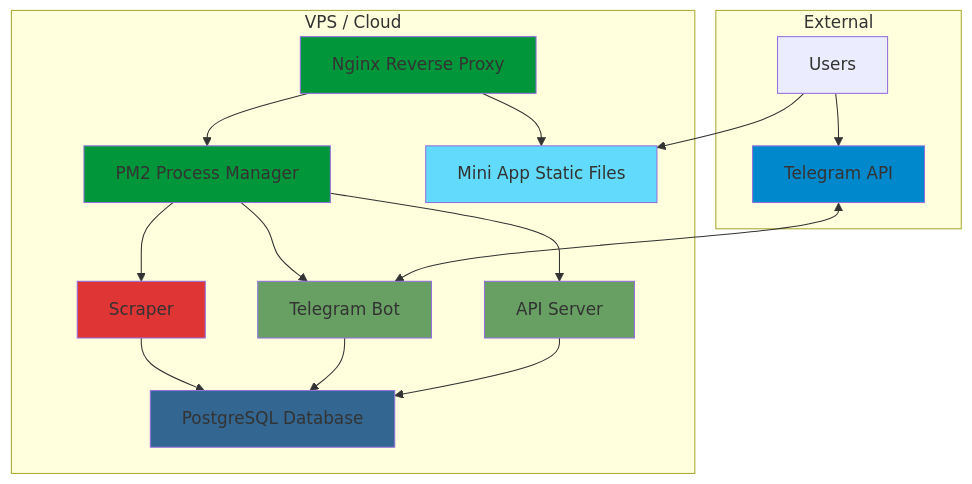
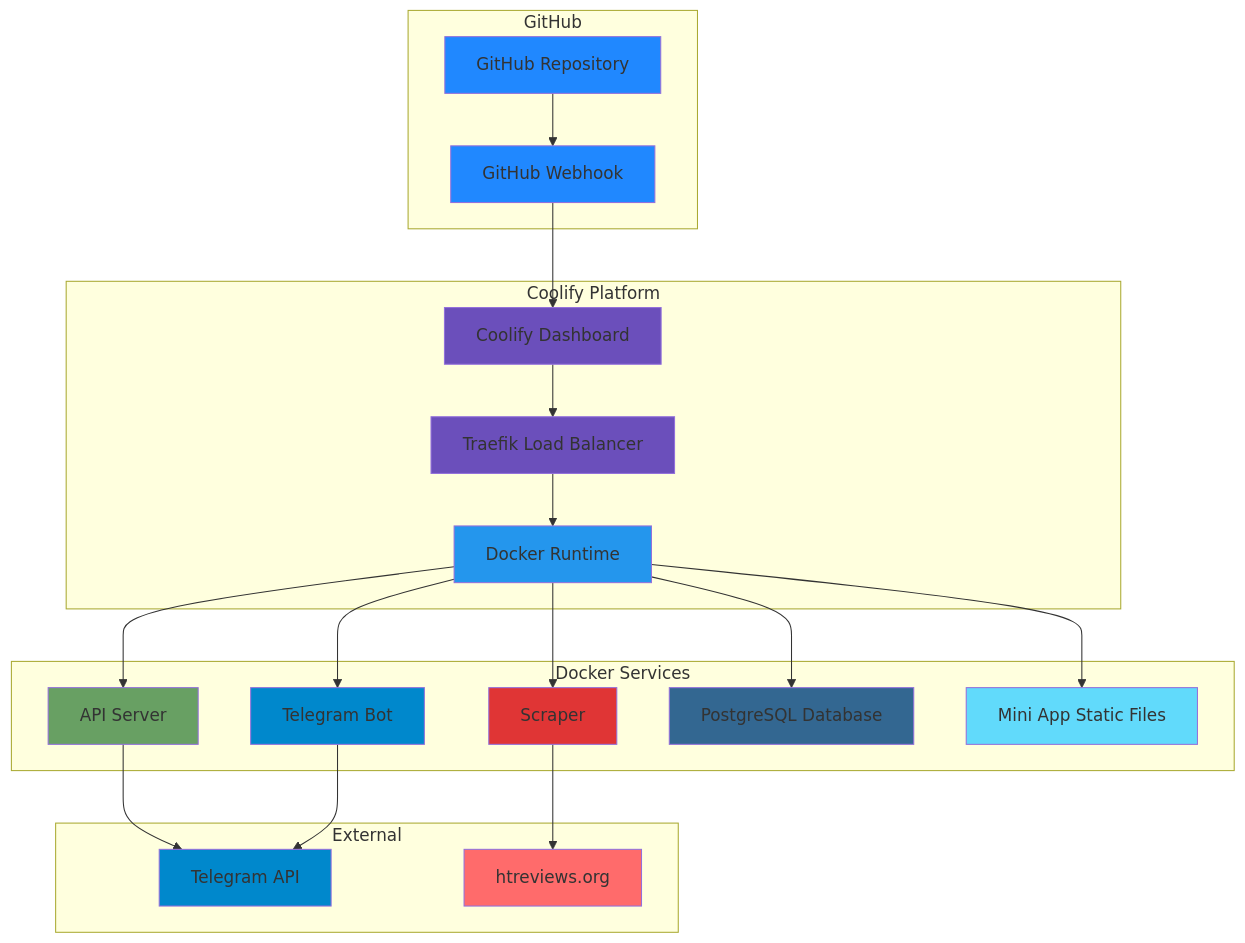
The first of 2 diagrams in plans/09-deployment-guide.md (Zenderg/hookah-wishlist), drawn with Mermaid before and after one commit. The commit also changed other lines of this file and 11 other files, not shown here.

````diff
--- a/plans/09-deployment-guide.md
+++ b/plans/09-deployment-guide.md
@@ -9,38 +9,52 @@
 ```mermaid
 graph TB
-    subgraph "External"
-        A[Telegram API]
-        B[Users]
+    subgraph "GitHub"
+        A[GitHub Repository]
+        B[GitHub Webhook]
     end
     
-    subgraph "VPS / Cloud"
-        C[Nginx Reverse Proxy]
-        D[PM2 Process Manager]
-        E[API Server]
-        F[Telegram Bot]
-        G[Scraper]
-        H[PostgreSQL Database]
-        I[Mini App Static Files]
+    subgraph "Coolify Platform"
+        C[Coolify Dashboard]
+        D[Traefik Load Balancer]
+        E[Docker Runtime]
     end
     
-    B --> A
-    A <--> F
-    B --> I
+    subgraph "Docker Services"
+        F[API Server]
+        G[Telegram Bot]
+        H[Scraper]
+        I[PostgreSQL Database]
+        J[Mini App Static Files]
+    end
+    
+    subgraph "External"
+        K[Telegram API]
+        L[htreviews.org]
+    end
+    
+    A --> B
+    B --> C
     C --> D
     D --> E
-    D --> F
-    D --> G
+    E --> F
+    E --> G
     E --> H
-    F --> H
-    G --> H
-    C --> I
+    E --> I
+    E --> J
+    F --> K
+    G --> K
+    H --> L
     
-    style A fill:#0088cc
-    style C fill:#009639
-    style D fill:#009639
-    style E fill:#68a063
+    style A fill:#2088ff
+    style B fill:#2088ff
+    style C fill:#6b4fbb
+    style D fill:#6b4fbb
+    style E fill:#2496ed
     style F fill:#68a063
-    style G fill:#e03535
-    style H fill:#336791
-    style I fill:#61dafb
+    style G fill:#0088cc
+    style H fill:#e03535
+    style I fill:#336791
+    style J fill:#61dafb
+    style K fill:#0088cc
+    style L fill:#ff6b6b
 ```
````
